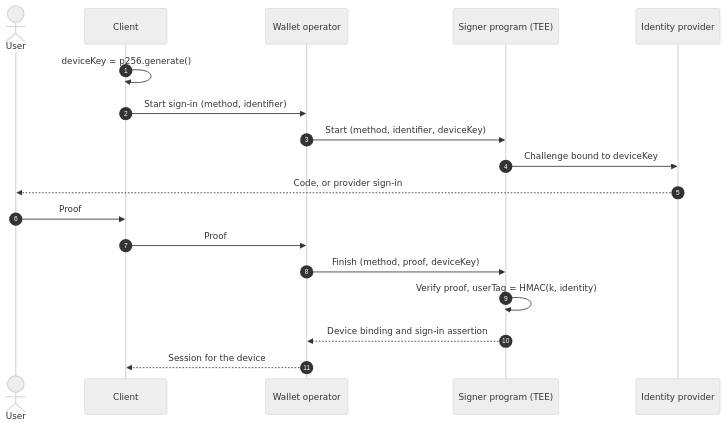
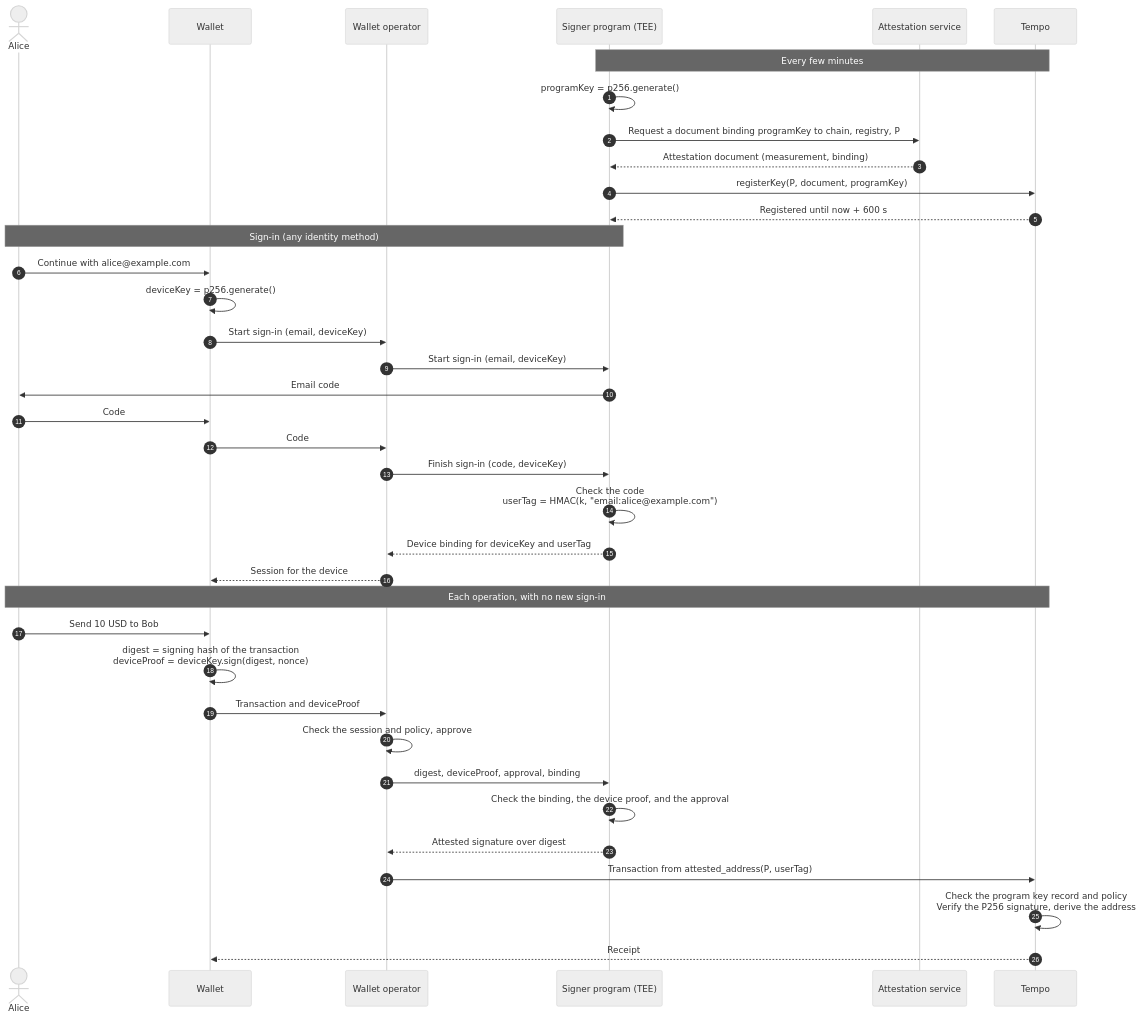
Before and after one commit to tempoxyz/tempo: the diagram in docs/exp/attested-signers/tip-xxx1.md, drawn with Mermaid (neutral theme). The commit also changed other lines of this file, not shown here.

Commit message:
docs(exp): show sign-in and signing in one scenario diagram
Replaces the two generic diagrams in the attested signers meta draft with one
illustrative scenario, in the style of the earlier sign-in diagram: program
key registration, an email sign-in that binds a device key, and an operation
signed with a device proof and the wallet operator's approval.

Claude-Session: https://claude.ai/code/session_01D3nmWfxsYgSZCf4nZP5cZY

````diff
--- a/docs/exp/attested-signers/tip-xxx1.md
+++ b/docs/exp/attested-signers/tip-xxx1.md
@@ -112,21 +112,42 @@
 ```mermaid
 sequenceDiagram
     autonumber
-    actor U as User
-    participant C as Client
+    actor U as Alice
+    participant W as Wallet
     participant O as Wallet operator
     participant S as Signer program (TEE)
-    participant P as Identity provider
+    participant A as Attestation service
+    participant T as Tempo
 
-    C->>C: deviceKey = p256.generate()
-    C->>O: Start sign-in (method, identifier)
-    O->>S: Start (method, identifier, deviceKey)
-    S->>P: Challenge bound to deviceKey
-    P-->>U: Code, or provider sign-in
-    U->>C: Proof
-    C->>O: Proof
-    O->>S: Finish (method, proof, deviceKey)
-    S->>S: Verify proof, userTag = HMAC(k, identity)
-    S-->>O: Device binding and sign-in assertion
-    O-->>C: Session for the device
+    Note over S,T: Every few minutes
+    S->>S: programKey = p256.generate()
+    S->>A: Request a document binding programKey to chain, registry, P
+    A-->>S: Attestation document (measurement, binding)
+    S->>T: registerKey(P, document, programKey)
+    T-->>S: Registered until now + 600 s
+
+    Note over U,S: Sign-in (any identity method)
+    U->>W: Continue with alice@example.com
+    W->>W: deviceKey = p256.generate()
+    W->>O: Start sign-in (email, deviceKey)
+    O->>S: Start sign-in (email, deviceKey)
+    S->>U: Email code
+    U->>W: Code
+    W->>O: Code
+    O->>S: Finish sign-in (code, deviceKey)
+    S->>S: Check the code<br/>userTag = HMAC(k, "email:alice@example.com")
+    S-->>O: Device binding for deviceKey and userTag
+    O-->>W: Session for the device
+
+    Note over U,T: Each operation, with no new sign-in
+    U->>W: Send 10 USD to Bob
+    W->>W: digest = signing hash of the transaction<br/>deviceProof = deviceKey.sign(digest, nonce)
+    W->>O: Transaction and deviceProof
+    O->>O: Check the session and policy, approve
+    O->>S: digest, deviceProof, approval, binding
+    S->>S: Check the binding, the device proof, and the approval
+    S-->>O: Attested signature over digest
+    O->>T: Transaction from attested_address(P, userTag)
+    T->>T: Check the program key record and policy<br/>Verify the P256 signature, derive the address
+    T-->>W: Receipt
 ```
````
